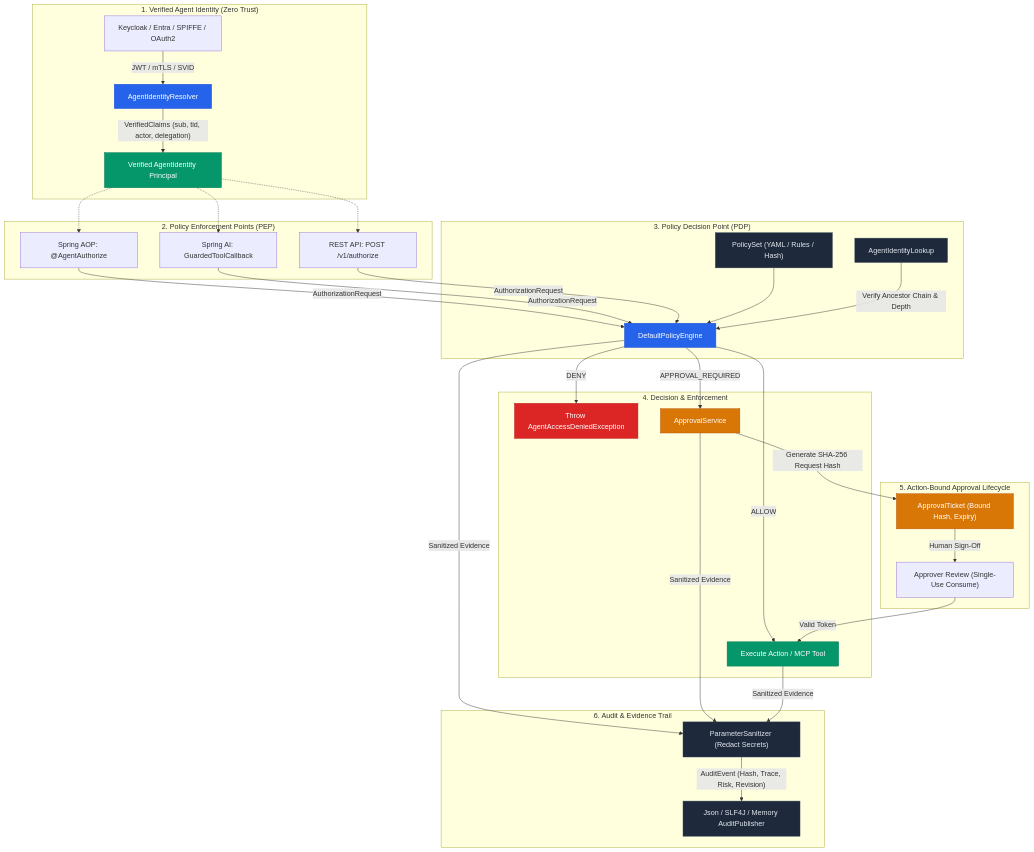
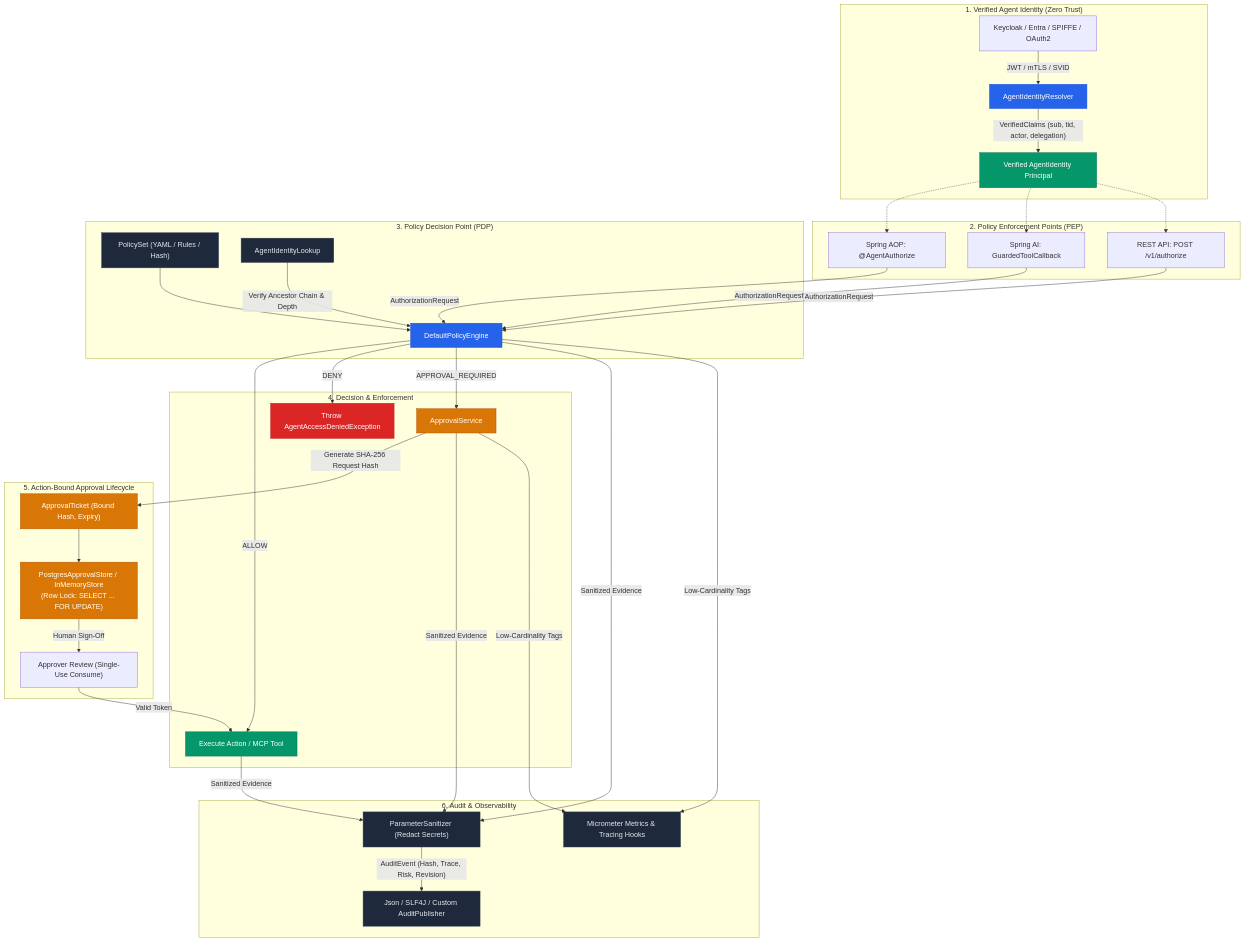
One commit to Amaljeevs/agentguard changed the diagram in README.md. Above: the diagram before and after it, drawn with Mermaid. The commit also changed other lines of this file and 28 other files, not shown here.

Commit message:
chore: release-hardening pass for v0.2.1 (PostgreSQL store, observability, security tests, and docs)

````diff
--- a/README.md
+++ b/README.md
@@ -175,48 +157,50 @@
 ```mermaid
 flowchart TD
     subgraph Identity["1. Verified Agent Identity (Zero Trust)"]
         IdP["Keycloak / Entra / SPIFFE / OAuth2"] -->|"JWT / mTLS / SVID"| Resolver["AgentIdentityResolver"]
         Resolver -->|"VerifiedClaims (sub, tid, actor, delegation)"| Principal["Verified AgentIdentity Principal"]
     end
 
     subgraph Entrypoints["2. Policy Enforcement Points (PEP)"]
         Principal -.-> AOP["Spring AOP: @AgentAuthorize"]
         Principal -.-> SAI["Spring AI: GuardedToolCallback"]
         Principal -.-> HTTP["REST API: POST /v1/authorize"]
     end
 
     subgraph Evaluation["3. Policy Decision Point (PDP)"]
         AOP & SAI & HTTP -->|"AuthorizationRequest"| Engine["DefaultPolicyEngine"]
         PolicySet["PolicySet (YAML / Rules / Hash)"] --> Engine
         Lookup["AgentIdentityLookup"] -->|"Verify Ancestor Chain & Depth"| Engine
     end
 
     subgraph Decisions["4. Decision & Enforcement"]
         Engine -->|"ALLOW"| Execute["Execute Action / MCP Tool"]
         Engine -->|"DENY"| Block["Throw AgentAccessDeniedException"]
         Engine -->|"APPROVAL_REQUIRED"| Approvals["ApprovalService"]
     end
 
     subgraph HumanApproval["5. Action-Bound Approval Lifecycle"]
         Approvals -->|"Generate SHA-256 Request Hash"| Ticket["ApprovalTicket (Bound Hash, Expiry)"]
-        Ticket -->|"Human Sign-Off"| Approver["Approver Review (Single-Use Consume)"]
+        Ticket --> Store["PostgresApprovalStore / InMemoryStore\n(Row Lock: SELECT ... FOR UPDATE)"]
+        Store -->|"Human Sign-Off"| Approver["Approver Review (Single-Use Consume)"]
         Approver -->|"Valid Token"| Execute
     end
 
-    subgraph Audit["6. Audit & Evidence Trail"]
+    subgraph Governance["6. Audit & Observability"]
         Engine & Approvals & Execute -->|"Sanitized Evidence"| Sanitizer["ParameterSanitizer (Redact Secrets)"]
-        Sanitizer -->|"AuditEvent (Hash, Trace, Risk, Revision)"| Publisher["Json / SLF4J / Memory AuditPublisher"]
+        Sanitizer -->|"AuditEvent (Hash, Trace, Risk, Revision)"| Publisher["Json / SLF4J / Custom AuditPublisher"]
+        Engine & Approvals -->|"Low-Cardinality Tags"| Metrics["Micrometer Metrics & Tracing Hooks"]
     end
 
     classDef primary fill:#2563eb,stroke:#1d4ed8,color:#fff;
     classDef secure fill:#059669,stroke:#047857,color:#fff;
     classDef warning fill:#d97706,stroke:#b45309,color:#fff;
     classDef danger fill:#dc2626,stroke:#b91c1c,color:#fff;
     classDef neutral fill:#1e293b,stroke:#334155,color:#e2e8f0;
 
     class Engine,Resolver primary;
     class Execute,Principal secure;
-    class Approvals,Ticket warning;
+    class Approvals,Ticket,Store warning;
     class Block danger;
-    class PolicySet,Lookup,Publisher,Sanitizer neutral;
+    class PolicySet,Lookup,Publisher,Sanitizer,Metrics neutral;
 ```
````
